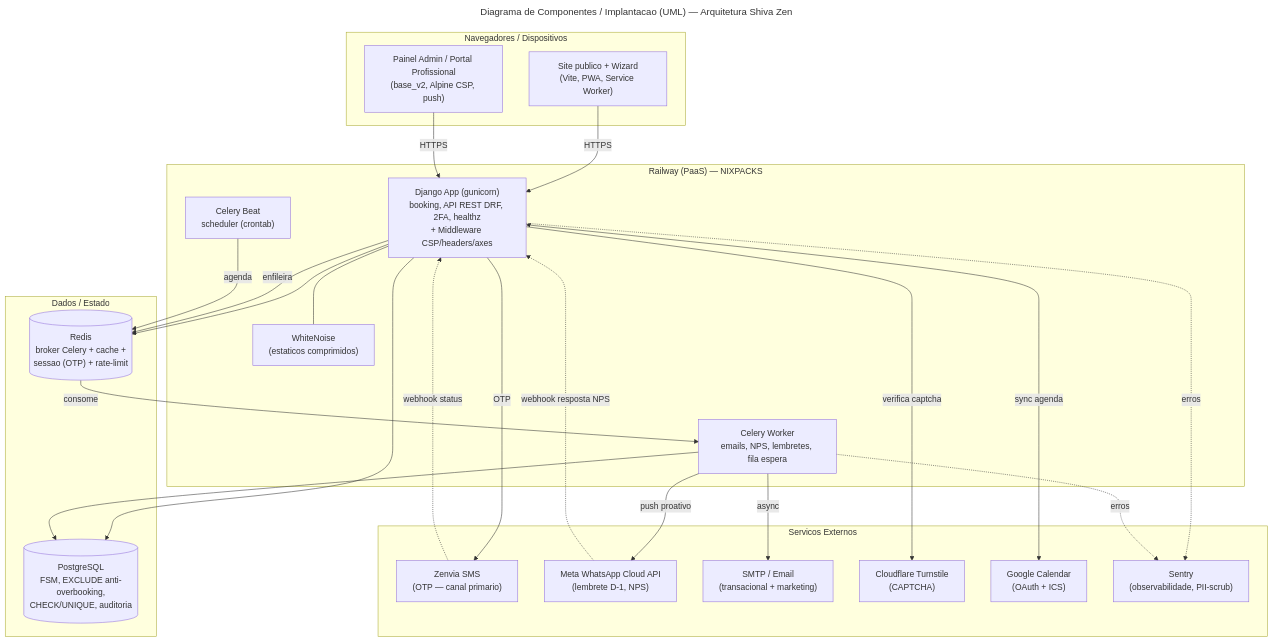
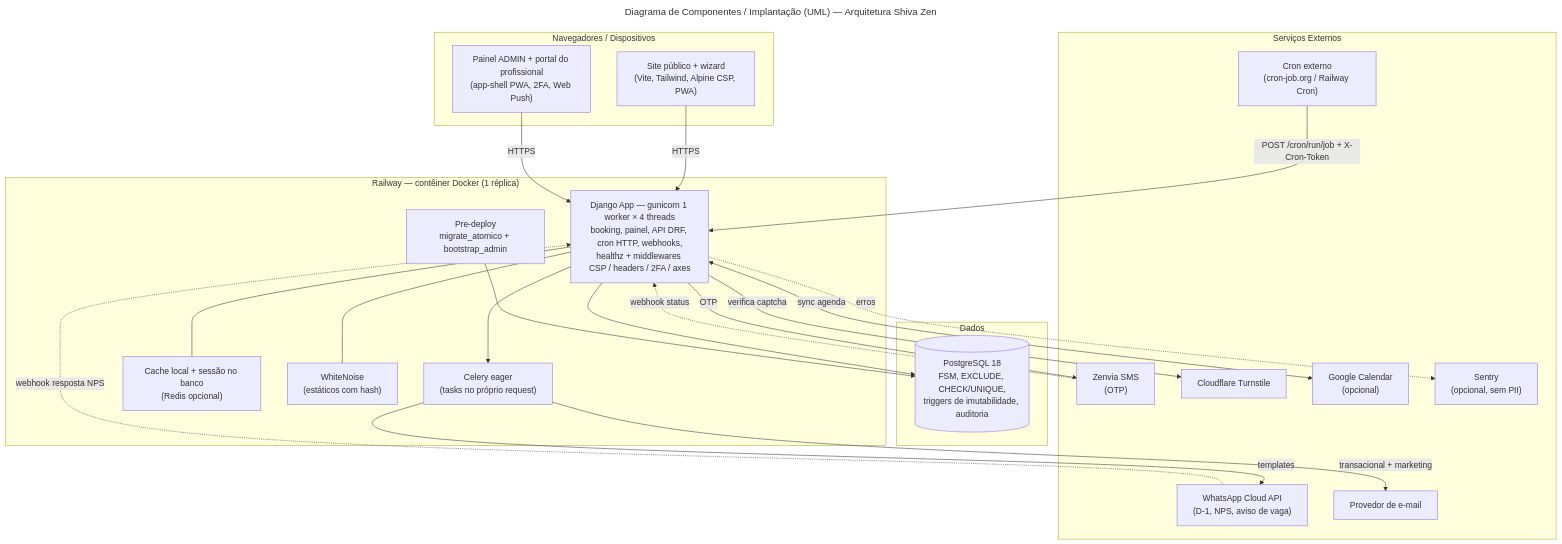
The diagram in docs/diagramas/08-componentes-arquitetura.mmd (RafaelSMaciel/jaqueline-aranha-estetica), drawn with Mermaid before and after one commit. The commit also changed 30 other files, not shown here.

```diff
--- a/docs/diagramas/08-componentes-arquitetura.mmd
+++ b/docs/diagramas/08-componentes-arquitetura.mmd
@@ -1,50 +1,49 @@
 ---
-title: Diagrama de Componentes / Implantacao (UML) — Arquitetura Shiva Zen
+title: Diagrama de Componentes / Implantação (UML) — Arquitetura Shiva Zen
 ---
 flowchart TB
     subgraph Clientes["Navegadores / Dispositivos"]
-        PUB["Site publico + Wizard<br/>(Vite, PWA, Service Worker)"]
-        ADM["Painel Admin / Portal Profissional<br/>(base_v2, Alpine CSP, push)"]
+        PUB["Site público + wizard<br/>(Vite, Tailwind, Alpine CSP, PWA)"]
+        ADM["Painel ADMIN + portal do profissional<br/>(app-shell PWA, 2FA, Web Push)"]
     end
 
-    subgraph Plataforma["Railway (PaaS) — NIXPACKS"]
-        WEB["Django App (gunicorn)<br/>booking, API REST DRF, 2FA, healthz<br/>+ Middleware CSP/headers/axes"]
-        WORKER["Celery Worker<br/>emails, NPS, lembretes, fila espera"]
-        BEAT["Celery Beat<br/>scheduler (crontab)"]
-        WN["WhiteNoise<br/>(estaticos comprimidos)"]
+    subgraph Plataforma["Railway — contêiner Docker (1 réplica)"]
+        WEB["Django App — gunicorn 1 worker × 4 threads<br/>booking, painel, API DRF, cron HTTP, webhooks,<br/>healthz + middlewares CSP / headers / 2FA / axes"]
+        CEL["Celery eager<br/>(tasks no próprio request)"]
+        CACHE["Cache local + sessão no banco<br/>(Redis opcional)"]
+        WN["WhiteNoise<br/>(estáticos com hash)"]
+        PRE["Pre-deploy<br/>migrate_atomico + bootstrap_admin"]
     end
 
-    subgraph Dados["Dados / Estado"]
-        PG[("PostgreSQL<br/>FSM, EXCLUDE anti-overbooking,<br/>CHECK/UNIQUE, auditoria")]
-        RD[("Redis<br/>broker Celery + cache +<br/>sessao (OTP) + rate-limit")]
+    subgraph Dados["Dados"]
+        PG[("PostgreSQL 18<br/>FSM, EXCLUDE, CHECK/UNIQUE,<br/>triggers de imutabilidade, auditoria")]
     end
 
-    subgraph Externos["Servicos Externos"]
-        ZEN["Zenvia SMS<br/>(OTP — canal primario)"]
-        WA["Meta WhatsApp Cloud API<br/>(lembrete D-1, NPS)"]
-        MAIL["SMTP / Email<br/>(transacional + marketing)"]
-        TS["Cloudflare Turnstile<br/>(CAPTCHA)"]
-        GC["Google Calendar<br/>(OAuth + ICS)"]
-        OBS["Sentry<br/>(observabilidade, PII-scrub)"]
+    subgraph Externos["Serviços Externos"]
+        CRON["Cron externo<br/>(cron-job.org / Railway Cron)"]
+        ZEN["Zenvia SMS<br/>(OTP)"]
+        WA["WhatsApp Cloud API<br/>(D-1, NPS, aviso de vaga)"]
+        MAIL["Provedor de e-mail"]
+        TS["Cloudflare Turnstile"]
+        GC["Google Calendar<br/>(opcional)"]
+        OBS["Sentry<br/>(opcional, sem PII)"]
     end
 
     PUB -->|HTTPS| WEB
     ADM -->|HTTPS| WEB
     WEB --- WN
+    WEB --- CACHE
+    WEB --> CEL
     WEB --> PG
-    WEB --> RD
-    WEB -->|enfileira| RD
-    RD -->|consome| WORKER
-    BEAT -->|agenda| RD
-    WORKER --> PG
+    PRE --> PG
+    CRON -->|POST /cron/run/job + X-Cron-Token| WEB
 
     WEB -->|OTP| ZEN
-    WORKER -->|push proativo| WA
-    WORKER -->|async| MAIL
+    CEL -->|templates| WA
+    CEL -->|transacional + marketing| MAIL
     WEB -->|verifica captcha| TS
     WEB <-->|sync agenda| GC
     WEB -.erros.-> OBS
-    WORKER -.erros.-> OBS
 
     ZEN -.webhook status.-> WEB
     WA -.webhook resposta NPS.-> WEB
```
